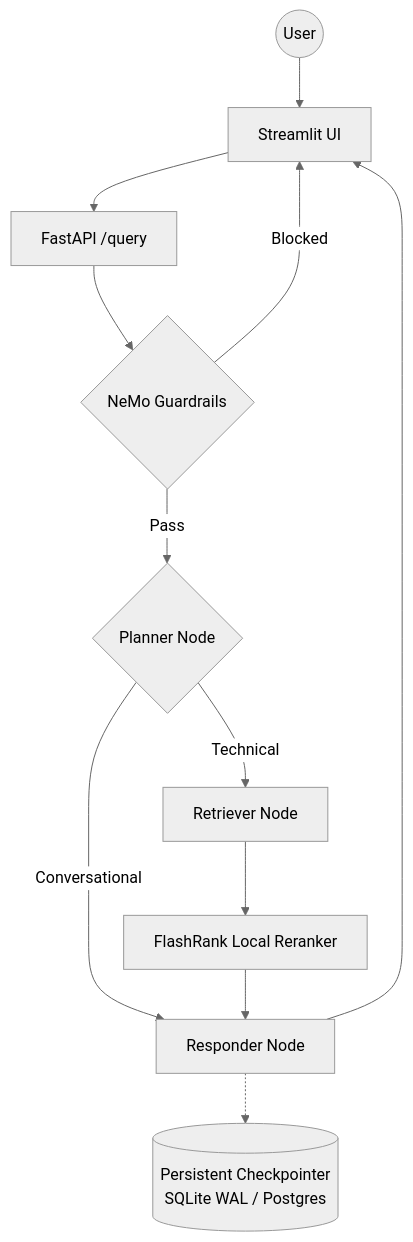
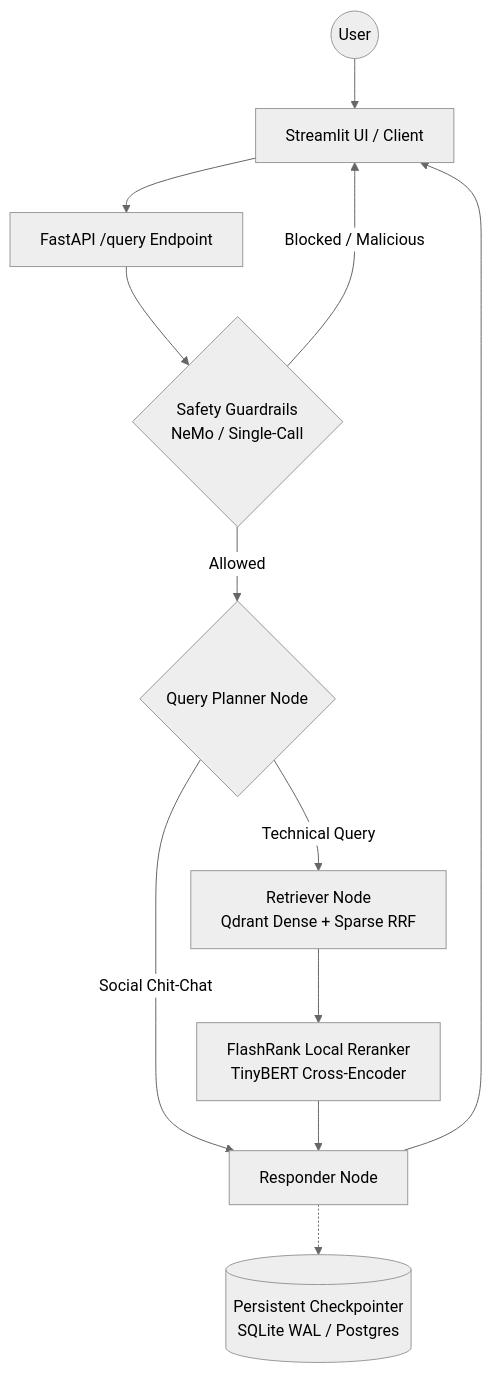
One commit to LalitChaudhari851/TrustRAG changed the diagram in README.md. Above: the diagram before and after it, drawn with Mermaid (neutral theme). The commit also changed other lines of this file, not shown here.

````diff
--- a/README.md
+++ b/README.md
@@ -20,14 +24,14 @@
 ```mermaid
 graph TD
-    User((User)) --> UI[Streamlit UI]
-    UI --> API[FastAPI /query]
-    API --> Guard{NeMo Guardrails}
-    Guard -->|Blocked| UI
-    Guard -->|Pass| Planner{Planner Node}
-    Planner -->|Conversational| Responder[Responder Node]
-    Planner -->|Technical| Retriever[Retriever Node]
-    Retriever --> Reranker[FlashRank Local Reranker]
+    User((User)) --> UI[Streamlit UI / Client]
+    UI --> API[FastAPI /query Endpoint]
+    API --> Guard{Safety Guardrails\nNeMo / Single-Call}
+    Guard -->|Blocked / Malicious| UI
+    Guard -->|Allowed| Planner{Query Planner Node}
+    Planner -->|Social Chit-Chat| Responder[Responder Node]
+    Planner -->|Technical Query| Retriever[Retriever Node\nQdrant Dense + Sparse RRF]
+    Retriever --> Reranker[FlashRank Local Reranker\nTinyBERT Cross-Encoder]
     Reranker --> Responder
     Responder --> UI
     Responder -.-> Memory[(Persistent Checkpointer\nSQLite WAL / Postgres)]
 ```
````
